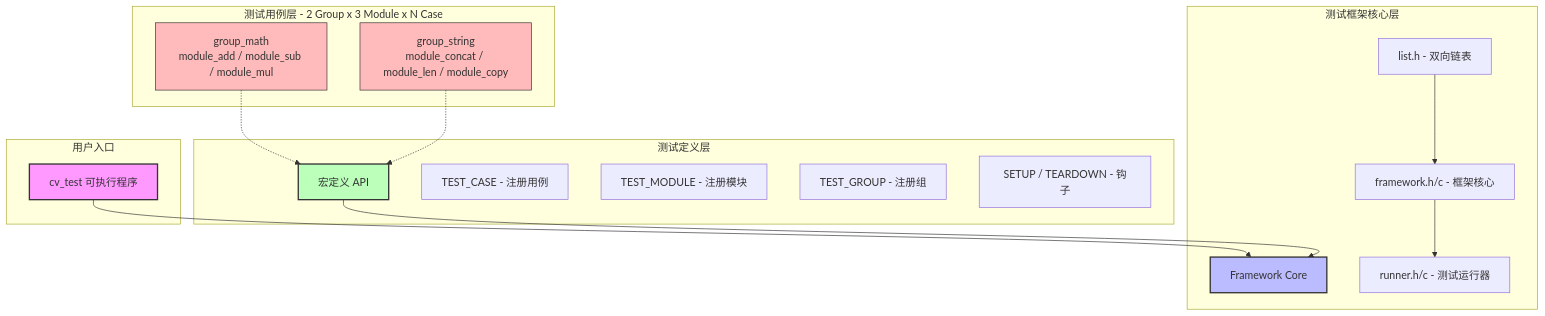
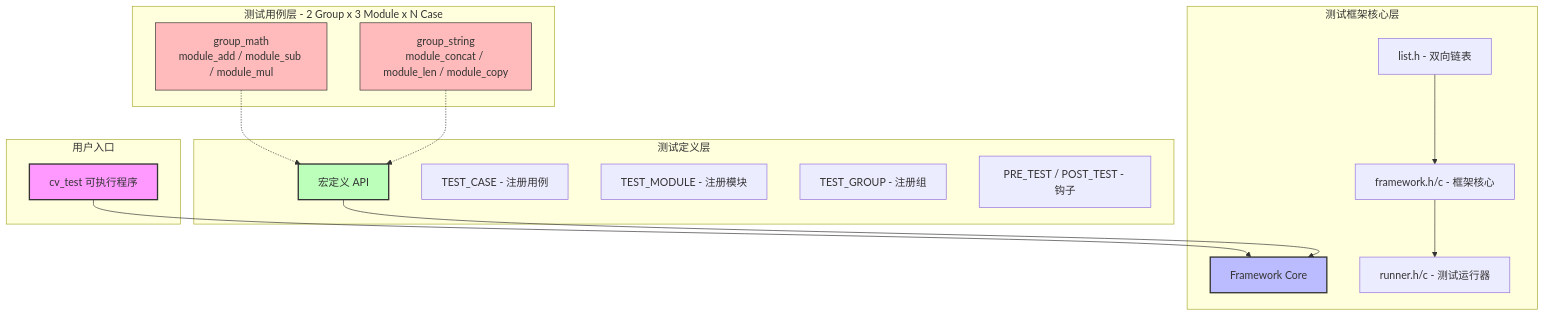
One commit to kimihuang/packages changed the first of 6 diagrams in cv_framework/DESIGN.md. Above: the diagram before and after it, drawn with Mermaid. The commit also changed other lines of this file, not shown here.

````diff
--- a/cv_framework/DESIGN.md
+++ b/cv_framework/DESIGN.md
@@ -5,39 +5,39 @@
 ```mermaid
 graph TB
     subgraph "用户入口"
         A[cv_test 可执行程序]
     end
 
     subgraph "测试框架核心层"
         B[Framework Core]
         B1[list.h - 双向链表]
         B2[framework.h/c - 框架核心]
         B3[runner.h/c - 测试运行器]
     end
 
     subgraph "测试定义层"
         C[宏定义 API]
         C1[TEST_CASE - 注册用例]
         C2[TEST_MODULE - 注册模块]
         C3[TEST_GROUP - 注册组]
-        C4[SETUP / TEARDOWN - 钩子]
+        C4[PRE_TEST / POST_TEST - 钩子]
     end
 
     subgraph "测试用例层 - 2 Group x 3 Module x N Case"
         D1["group_math<br/>module_add / module_sub / module_mul"]
         D2["group_string<br/>module_concat / module_len / module_copy"]
     end
 
     A --> B
     C --> B
     B1 --> B2
     B2 --> B3
     D1 -.-> C
     D2 -.-> C
 
     style A fill:#f9f,stroke:#333,stroke-width:2px
     style B fill:#bbf,stroke:#333,stroke-width:2px
     style C fill:#bfb,stroke:#333,stroke-width:2px
     style D1 fill:#fbb,stroke:#333
     style D2 fill:#fbb,stroke:#333
 ```
````
